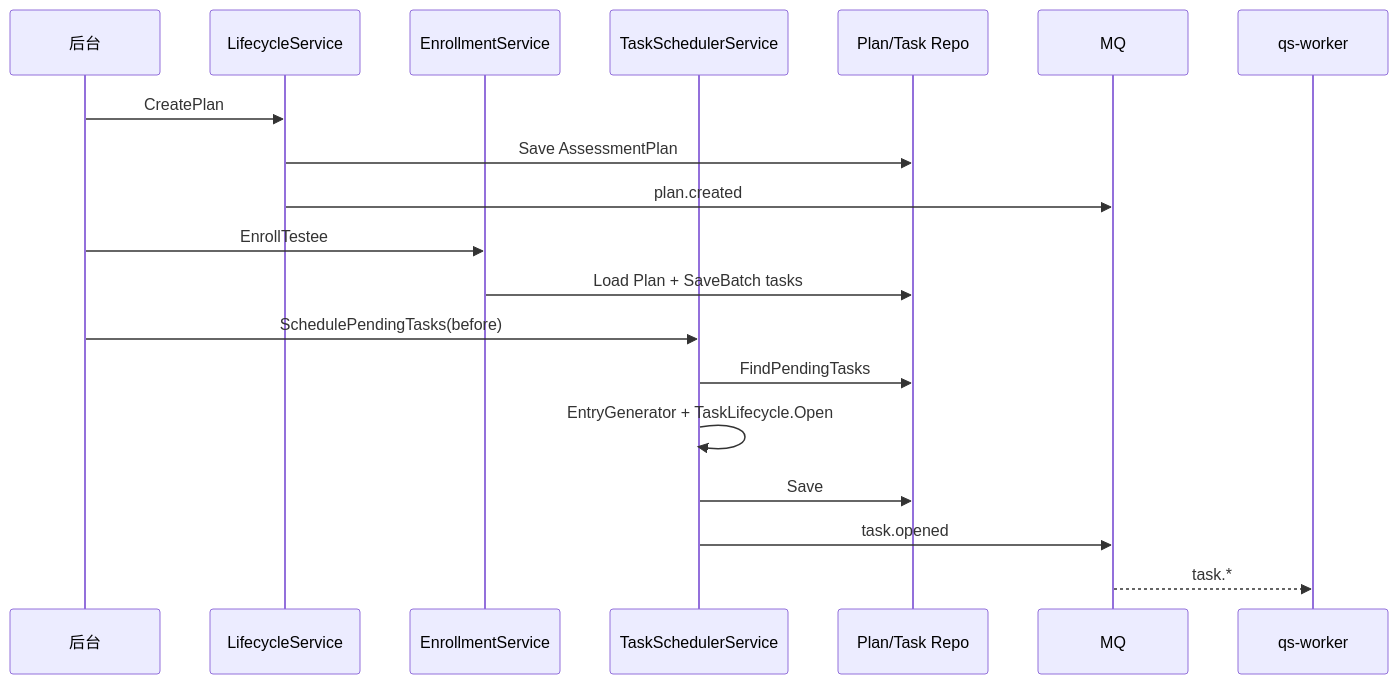
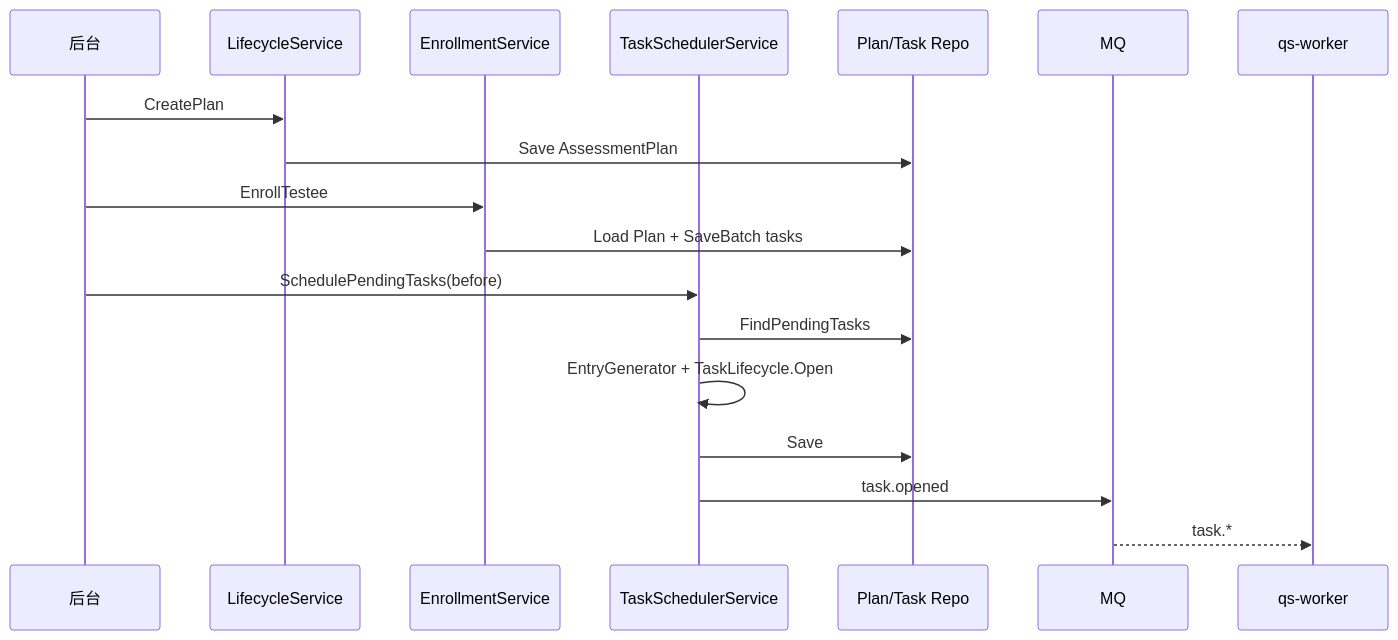
One commit to FangcunMount/qs-server changed the fourth of 4 diagrams in docs/02-业务模块/04-plan.md. Above: the diagram before and after it, drawn with Mermaid. The commit also changed other lines of this file and 8 other files, not shown here.

````diff
--- a/docs/02-业务模块/04-plan.md
+++ b/docs/02-业务模块/04-plan.md
@@ -261,22 +261,21 @@
 ```mermaid
 sequenceDiagram
     participant Admin as 后台
     participant L as LifecycleService
     participant E as EnrollmentService
     participant S as TaskSchedulerService
     participant Repo as Plan/Task Repo
     participant MQ as MQ
     participant Worker as qs-worker
 
     Admin->>L: CreatePlan
     L->>Repo: Save AssessmentPlan
-    L->>MQ: plan.created
     Admin->>E: EnrollTestee
     E->>Repo: Load Plan + SaveBatch tasks
     Admin->>S: SchedulePendingTasks(before)
     S->>Repo: FindPendingTasks
     S->>S: EntryGenerator + TaskLifecycle.Open
     S->>Repo: Save
     S->>MQ: task.opened
     MQ-->>Worker: task.*
 ```
````
